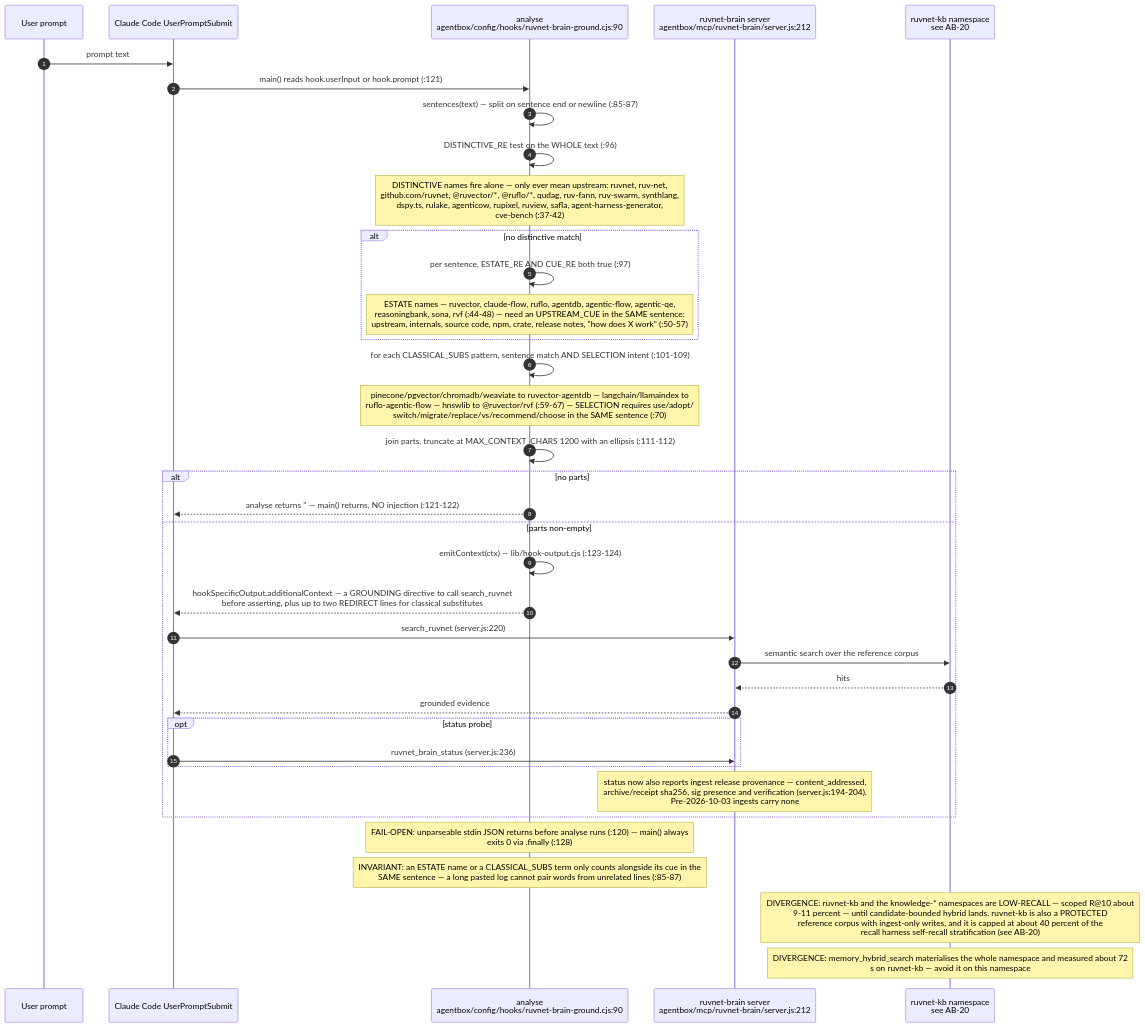
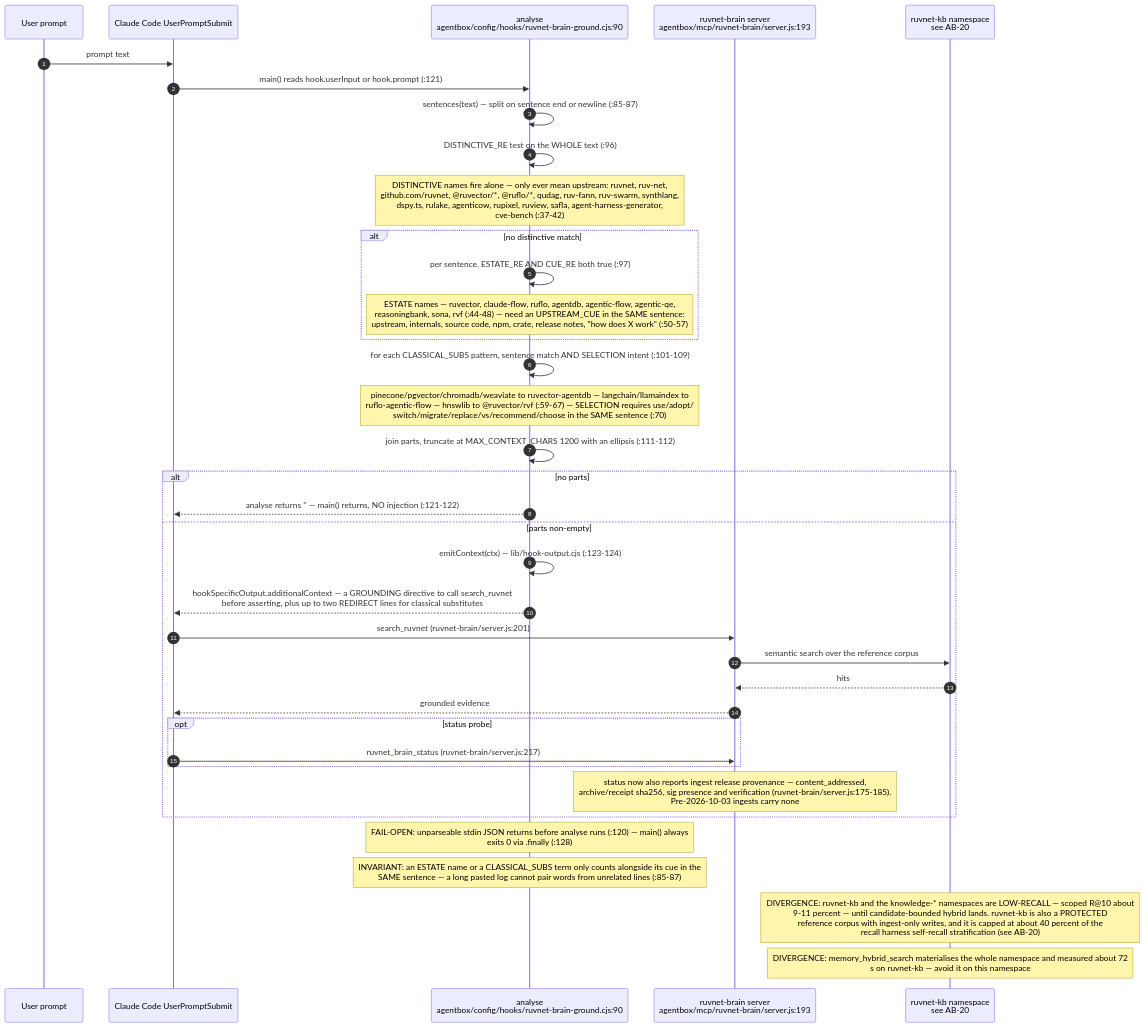
The eighth of 9 diagrams in docs/diagrams/agentbox/26-headroom-beads-spawn-brain.md (DreamLab-AI/VisionFlow), drawn with Mermaid before and after one commit. The commit also changed other lines of this file and 173 other files, not shown here.

````diff
--- a/docs/diagrams/agentbox/26-headroom-beads-spawn-brain.md
+++ b/docs/diagrams/agentbox/26-headroom-beads-spawn-brain.md
@@ -325,40 +340,40 @@
 ```mermaid
 sequenceDiagram
     autonumber
     participant U as User prompt
     participant CC as Claude Code UserPromptSubmit
     participant HK as analyse<br/>agentbox/config/hooks/ruvnet-brain-ground.cjs:90
-    participant MCP as ruvnet-brain server<br/>agentbox/mcp/ruvnet-brain/server.js:212
+    participant MCP as ruvnet-brain server<br/>agentbox/mcp/ruvnet-brain/server.js:193
     participant KB as ruvnet-kb namespace<br/>see AB-20
 
     U->>CC: prompt text
     CC->>HK: main() reads hook.userInput or hook.prompt (:121)
     HK->>HK: sentences(text) — split on sentence end or newline (:85-87)
     HK->>HK: DISTINCTIVE_RE test on the WHOLE text (:96)
     Note over HK: DISTINCTIVE names fire alone — only ever mean upstream: ruvnet, ruv-net,<br/>github.com/ruvnet, @ruvector/*, @ruflo/*, qudag, ruv-fann, ruv-swarm, synthlang,<br/>dspy.ts, rulake, agenticow, rupixel, ruview, safla, agent-harness-generator,<br/>cve-bench (:37-42)
     alt no distinctive match
         HK->>HK: per sentence, ESTATE_RE AND CUE_RE both true (:97)
         Note over HK: ESTATE names — ruvector, claude-flow, ruflo, agentdb, agentic-flow, agentic-qe,<br/>reasoningbank, sona, rvf (:44-48) — need an UPSTREAM_CUE in the SAME sentence:<br/>upstream, internals, source code, npm, crate, release notes, "how does X work" (:50-57)
     end
     HK->>HK: for each CLASSICAL_SUBS pattern, sentence match AND SELECTION intent (:101-109)
     Note over HK: pinecone/pgvector/chromadb/weaviate to ruvector-agentdb — langchain/llamaindex to<br/>ruflo-agentic-flow — hnswlib to @ruvector/rvf (:59-67) — SELECTION requires use/adopt/<br/>switch/migrate/replace/vs/recommend/choose in the SAME sentence (:70)
     HK->>HK: join parts, truncate at MAX_CONTEXT_CHARS 1200 with an ellipsis (:111-112)
     alt no parts
         HK-->>CC: analyse returns '' — main() returns, NO injection (:121-122)
     else parts non-empty
         HK->>HK: emitContext(ctx) — lib/hook-output.cjs (:123-124)
         HK-->>CC: hookSpecificOutput.additionalContext — a GROUNDING directive to call search_ruvnet<br/>before asserting, plus up to two REDIRECT lines for classical substitutes
-        CC->>MCP: search_ruvnet (server.js:220)
+        CC->>MCP: search_ruvnet (ruvnet-brain/server.js:201)
         MCP->>KB: semantic search over the reference corpus
         KB-->>MCP: hits
         MCP-->>CC: grounded evidence
         opt status probe
-            CC->>MCP: ruvnet_brain_status (server.js:236)
+            CC->>MCP: ruvnet_brain_status (ruvnet-brain/server.js:217)
         end
-        Note over MCP: status now also reports ingest release provenance — content_addressed,<br/>archive/receipt sha256, sig presence and verification (server.js:194-204).<br/>Pre-2026-10-03 ingests carry none
+        Note over MCP: status now also reports ingest release provenance — content_addressed,<br/>archive/receipt sha256, sig presence and verification (ruvnet-brain/server.js:175-185).<br/>Pre-2026-10-03 ingests carry none
     end
     Note over HK: FAIL-OPEN: unparseable stdin JSON returns before analyse runs (:120) — main() always<br/>exits 0 via .finally (:128)
     Note over HK: INVARIANT: an ESTATE name or a CLASSICAL_SUBS term only counts alongside its cue in the<br/>SAME sentence — a long pasted log cannot pair words from unrelated lines (:85-87)
     Note over KB: DIVERGENCE: ruvnet-kb and the knowledge-* namespaces are LOW-RECALL — scoped R@10 about<br/>9-11 percent — until candidate-bounded hybrid lands. ruvnet-kb is also a PROTECTED<br/>reference corpus with ingest-only writes, and it is capped at about 40 percent of the<br/>recall harness self-recall stratification (see AB-20)
     Note over KB: DIVERGENCE: memory_hybrid_search materialises the whole namespace and measured about 72<br/>s on ruvnet-kb — avoid it on this namespace
 ```
````
